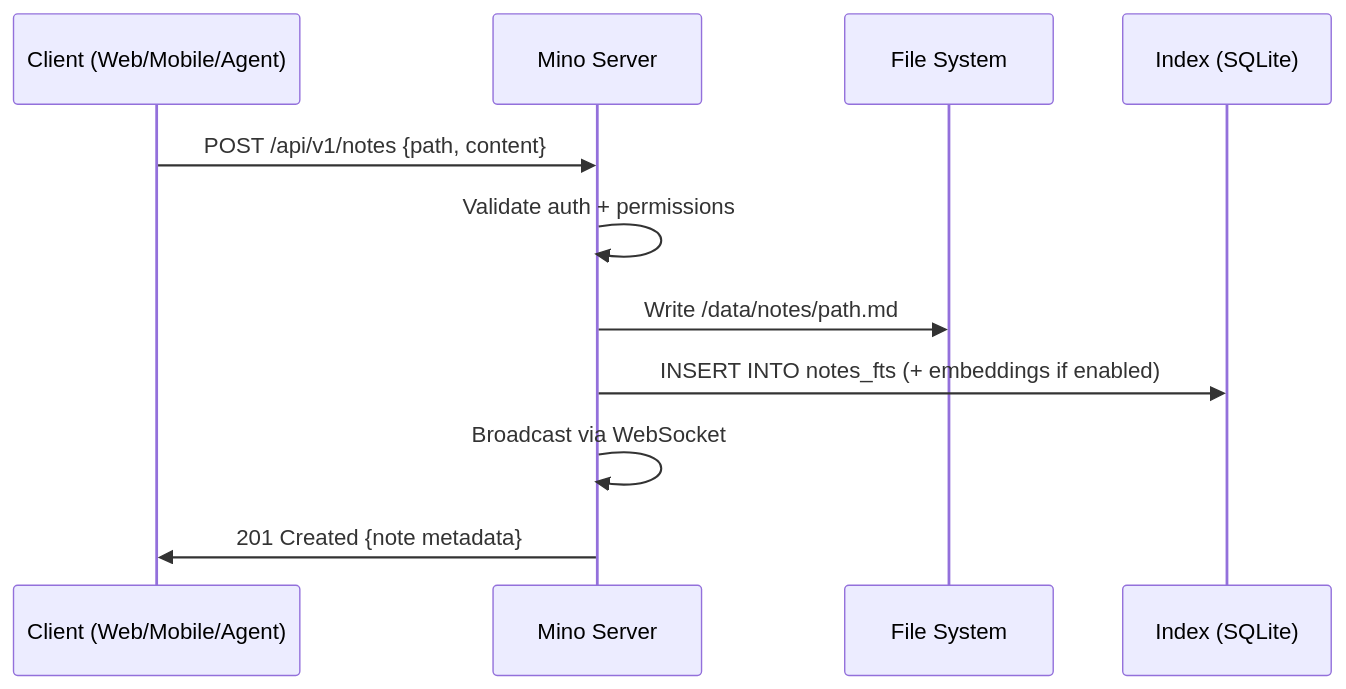
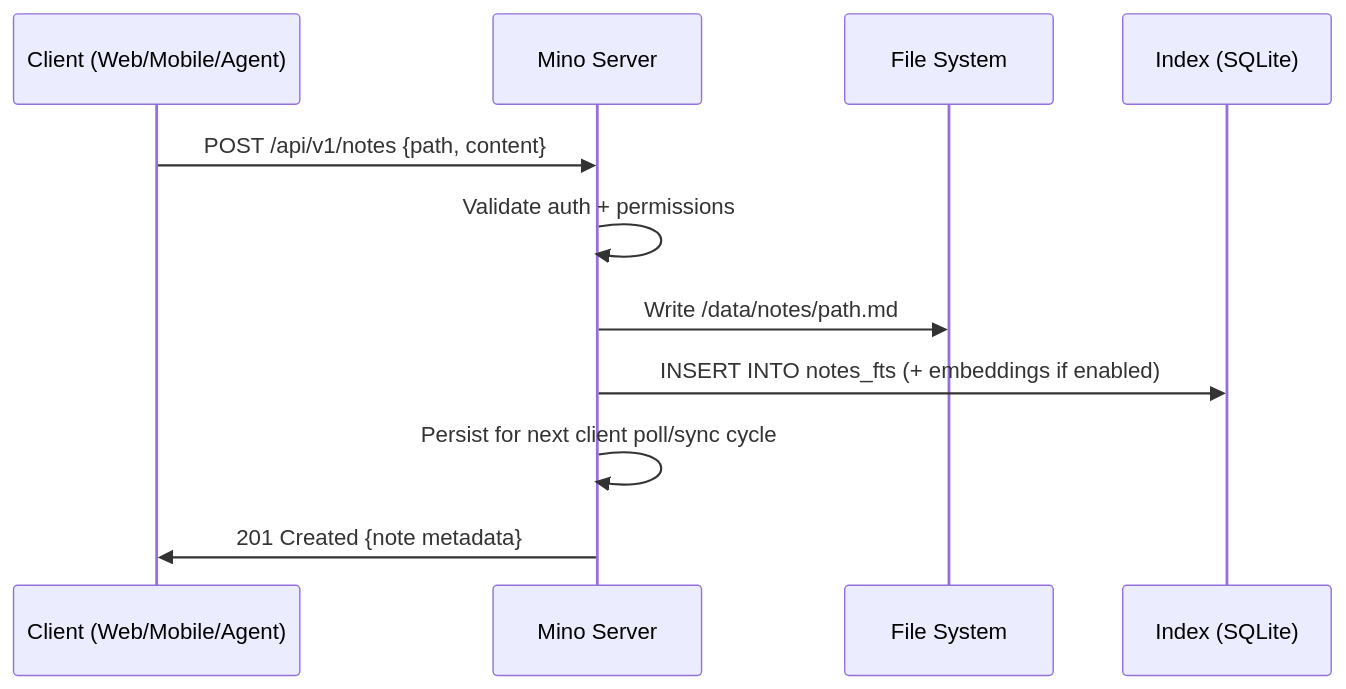
One commit to TomSzenessy/MinoAI changed the diagram in docs/architecture.md. Above: the diagram before and after it, drawn with Mermaid. The commit also changed other lines of this file and 146 other files, not shown here.

````diff
--- a/docs/architecture.md
+++ b/docs/architecture.md
@@ -315,14 +311,14 @@
 ```mermaid
 sequenceDiagram
     participant C as Client (Web/Mobile/Agent)
     participant S as Mino Server
     participant F as File System
     participant I as Index (SQLite)
 
     C->>S: POST /api/v1/notes {path, content}
     S->>S: Validate auth + permissions
     S->>F: Write /data/notes/path.md
     S->>I: INSERT INTO notes_fts (+ embeddings if enabled)
-    S->>S: Broadcast via WebSocket
+    S->>S: Persist for next client poll/sync cycle
     S->>C: 201 Created {note metadata}
 ```
````
